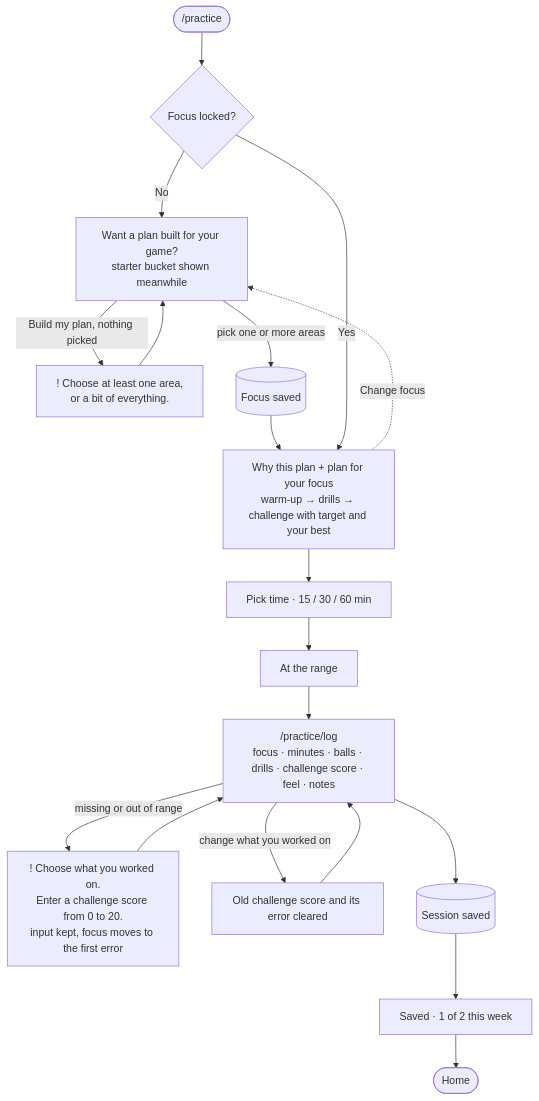
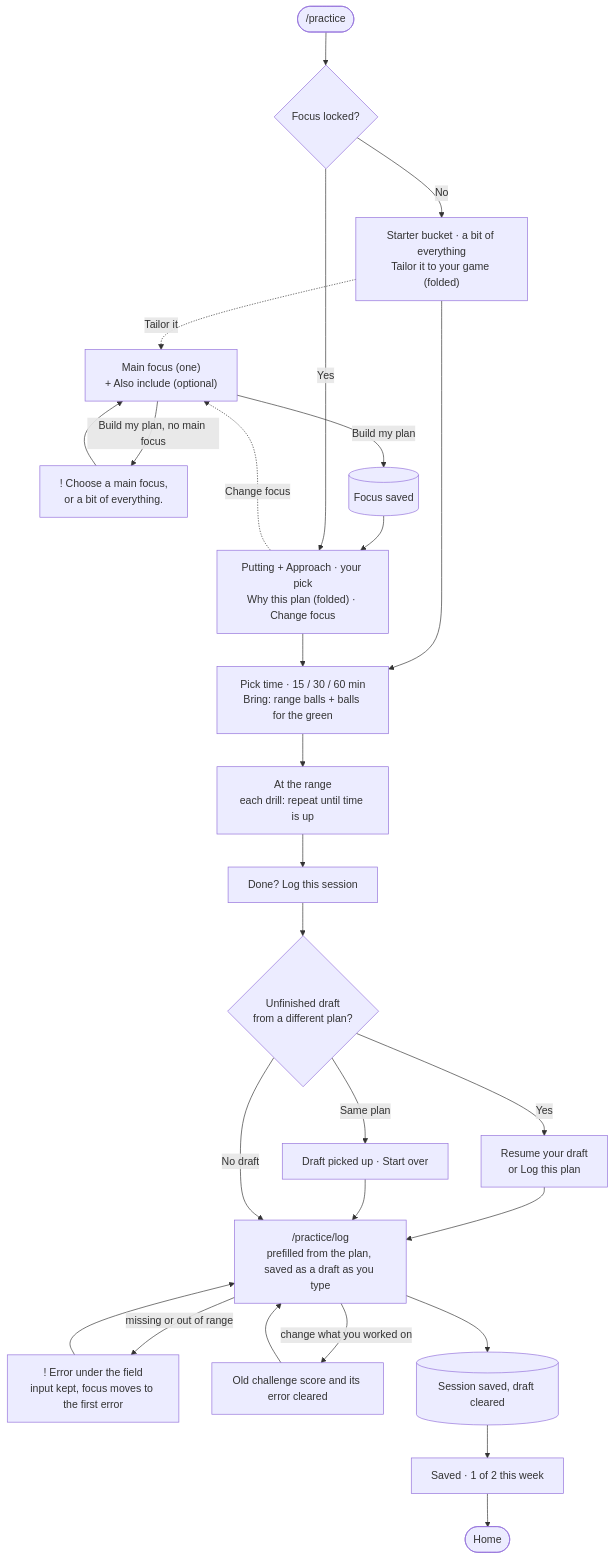
One commit to apham799/DesignBuildShip_Assignment3 changed the fourth of 5 diagrams in README.md. Above: the diagram before and after it, drawn with Mermaid. The commit also changed other lines of this file and 1 other file, not shown here.

Commit message:
Update practice and onboarding diagrams
- Practice: folded starter bucket, Main focus + Also include, the
  draft choice before logging, drills that fill their time
- Onboarding: biggest leak plus anything else
- History: edit and delete; table of the latest feedback changes

````diff
--- a/README.md
+++ b/README.md
@@ -93,21 +93,29 @@
 ```mermaid
 flowchart TD
   start(["/practice"]) --> has{"Focus locked?"}
-  has -- "No" --> ask["Want a plan built for your game?<br/>starter bucket shown meanwhile"]
-  ask -- "Build my plan, nothing picked" --> aerr["! Choose at least one area,<br/>or a bit of everything."]
-  aerr --> ask
-  ask -- "pick one or more areas" --> fsaved[("Focus saved")]
+  has -- "No" --> starter["Starter bucket · a bit of everything<br/>Tailor it to your game (folded)"]
+  starter -. Tailor it .-> pick["Main focus (one)<br/>+ Also include (optional)"]
+  pick -- "Build my plan, no main focus" --> aerr["! Choose a main focus,<br/>or a bit of everything."]
+  aerr --> pick
+  pick -- "Build my plan" --> fsaved[("Focus saved")]
   fsaved --> plan
-  has -- "Yes" --> plan["Why this plan + plan for your focus<br/>warm-up → drills → challenge with target and your best"]
-  plan -. Change focus .-> ask
-  plan --> time["Pick time · 15 / 30 / 60 min"]
-  time --> range["At the range"]
-  range --> log["/practice/log<br/>focus · minutes · balls · drills · challenge score · feel · notes"]
-  log -- "missing or out of range" --> perr["! Choose what you worked on.<br/>Enter a challenge score from 0 to 20.<br/>input kept, focus moves to the first error"]
+  starter --> time
+  has -- "Yes" --> plan["Putting + Approach · your pick<br/>Why this plan (folded) · Change focus"]
+  plan -. Change focus .-> pick
+  plan --> time["Pick time · 15 / 30 / 60 min<br/>Bring: range balls + balls for the green"]
+  time --> range["At the range<br/>each drill: repeat until time is up"]
+  range --> open["Done? Log this session"]
+  open --> draft{"Unfinished draft<br/>from a different plan?"}
+  draft -- "Yes" --> choose["Resume your draft<br/>or Log this plan"]
+  choose --> log
+  draft -- "Same plan" --> resumed["Draft picked up · Start over"]
+  resumed --> log
+  draft -- "No draft" --> log["/practice/log<br/>prefilled from the plan, saved as a draft as you type"]
+  log -- "missing or out of range" --> perr["! Error under the field<br/>input kept, focus moves to the first error"]
   perr --> log
   log -- "change what you worked on" --> clear["Old challenge score and its error cleared"]
   clear --> log
-  log --> saved[("Session saved")]
+  log --> saved[("Session saved, draft cleared")]
   saved --> toast["Saved · 1 of 2 this week"]
   toast --> home(["Home"])
 ```
````
